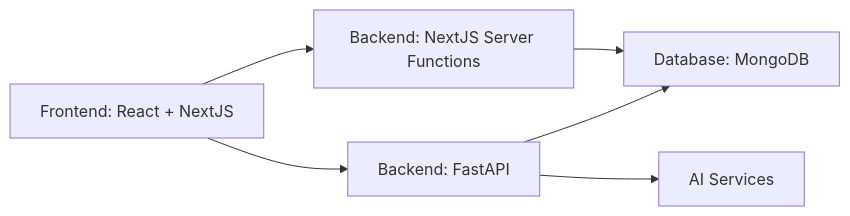
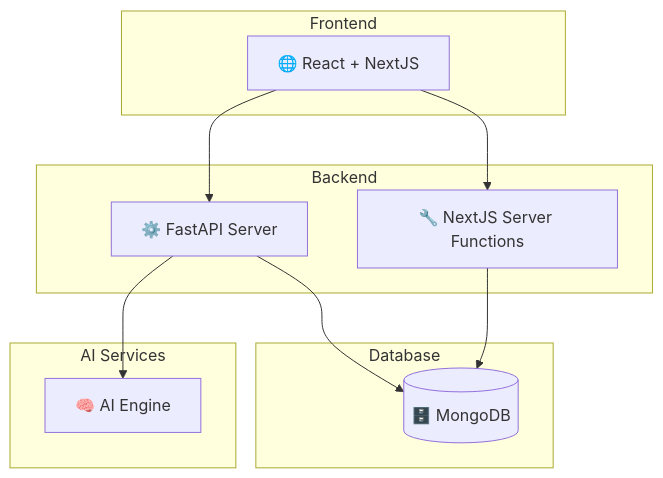
The diagram in README.md (sujay-0-dev/Actify), drawn with Mermaid before and after one commit.

````diff
--- a/README.md
+++ b/README.md
@@ -55,8 +54,25 @@
 ```mermaid
-graph LR
-  A[Frontend: React + NextJS] --> B[Backend: FastAPI]
-  A --> C[Backend: NextJS Server Functions]
-  B --> D[Database: MongoDB]
+graph TD
+  subgraph Frontend
+    A[🌐 React + NextJS]
+  end
+
+  subgraph Backend
+    B[⚙️ FastAPI Server]
+    C[🔧 NextJS Server Functions]
+  end
+
+  subgraph Database
+    D[(🗄️ MongoDB)]
+  end
+
+  subgraph AI Services
+    E[🧠 AI Engine]
+  end
+
+  A --> B
+  A --> C
+  B --> D
   C --> D
-  B --> E[AI Services]
+  B --> E
 ```
````
